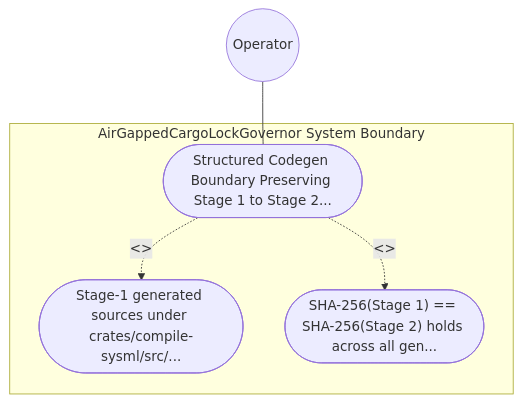
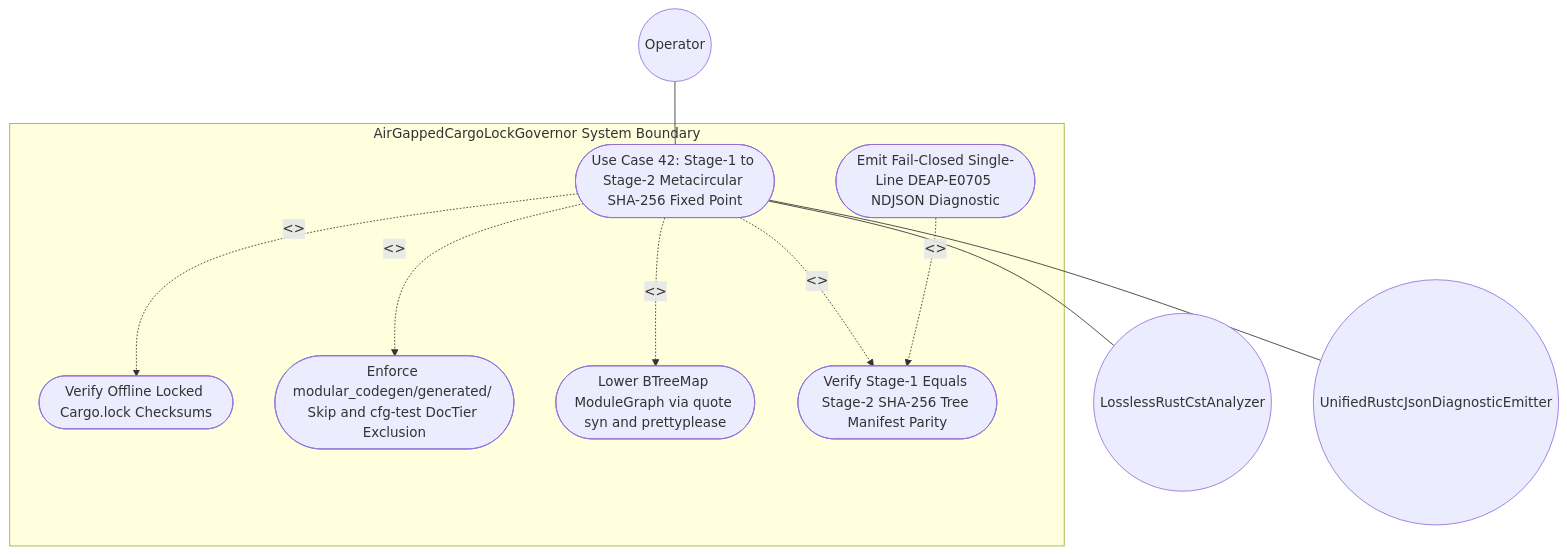
Before and after one commit to gintatkinson/DEAP01-spec-core: the diagram in .pipeline/upstream/docs/use-cases/UC-42-Structured_Codegen_Boundary_Preserving_Stage_1_to_Stage_2_Metacircular_SHA_256_Fixed_Point.md, drawn with Mermaid. The commit also changed other lines of this file and 3 other files, not shown here.

````diff
--- a/.pipeline/upstream/docs/use-cases/UC-42-Structured_Codegen_Boundary_Preserving_Stage_1_to_Stage_2_Metacircular_SHA_256_Fixed_Point.md
+++ b/.pipeline/upstream/docs/use-cases/UC-42-Structured_Codegen_Boundary_Preserving_Stage_1_to_Stage_2_Metacircular_SHA_256_Fixed_Point.md
@@ -16,11 +21,19 @@
 ```mermaid
 graph TD
     subgraph "AirGappedCargoLockGovernor System Boundary"
-        UC_Main(["Structured Codegen Boundary Preserving Stage 1 to Stage 2..."])
-        UC_Step01(["Stage-1 generated sources under crates/compile-sysml/src/..."])
-        UC_Step02(["SHA-256(Stage 1) == SHA-256(Stage 2) holds across all gen..."])
+        UC_Main(["Use Case 42: Stage-1 to Stage-2 Metacircular SHA-256 Fixed Point"])
+        UC_Lock(["Verify Offline Locked Cargo.lock Checksums"])
+        UC_Skip(["Enforce modular_codegen/generated/ Skip and cfg-test DocTier Exclusion"])
+        UC_Emit(["Lower BTreeMap ModuleGraph via quote syn and prettyplease"])
+        UC_Hash(["Verify Stage-1 Equals Stage-2 SHA-256 Tree Manifest Parity"])
+        UC_Abort(["Emit Fail-Closed Single-Line DEAP-E0705 NDJSON Diagnostic"])
     end
     Operator(("Operator")) --- UC_Main
-    UC_Main -. "<<include>>" .-> UC_Step01
-    UC_Main -. "<<include>>" .-> UC_Step02
+    UC_Main -. "<<include>>" .-> UC_Lock
+    UC_Main -. "<<include>>" .-> UC_Skip
+    UC_Main -. "<<include>>" .-> UC_Emit
+    UC_Main -. "<<include>>" .-> UC_Hash
+    UC_Abort -. "<<extend>>" .-> UC_Hash
+    UC_Main --- CstAnalyzer(("LosslessRustCstAnalyzer"))
+    UC_Main --- JsonEmitter(("UnifiedRustcJsonDiagnosticEmitter"))
 ```
````
